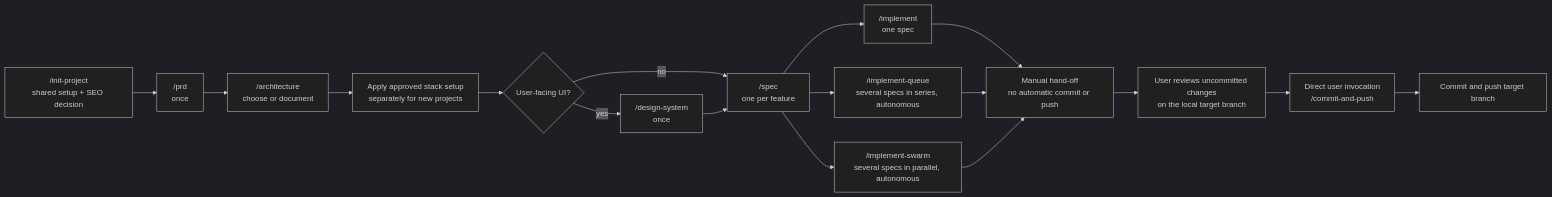
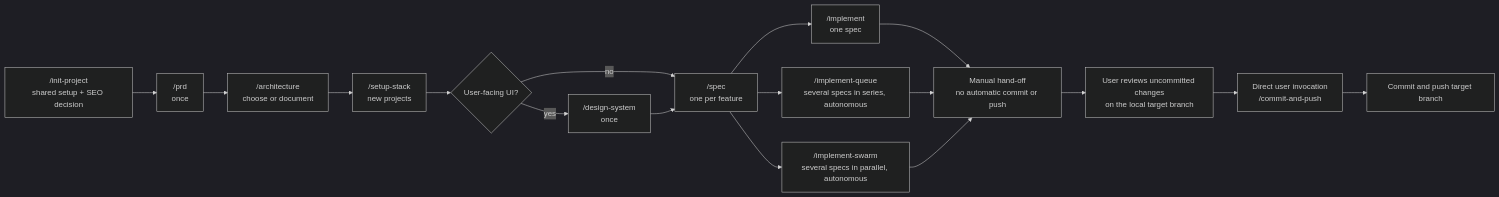
Before and after one commit to the-blue-coder/agentic-starter: the first of 6 diagrams in README.md, drawn with Mermaid (dark theme). The commit also changed other lines of this file and 12 other files, not shown here.

Commit message:
add the setup-stack command to apply the approved stack setup

````diff
--- a/README.md
+++ b/README.md
@@ -13,19 +13,19 @@
 ```mermaid
 flowchart LR
   init["/init-project<br/>shared setup + SEO decision"] --> prd["/prd<br/>once"]
   prd --> arch["/architecture<br/>choose or document"]
-  arch --> setup["Apply approved stack setup<br/>separately for new projects"]
+  arch --> setup["/setup-stack<br/>new projects"]
   setup --> ui{"User-facing UI?"}
   ui -- no --> spec["/spec<br/>one per feature"]
   ui -- yes --> design["/design-system<br/>once"]
   design --> spec
   spec --> implement["/implement<br/>one spec"]
   spec --> queue["/implement-queue<br/>several specs in series, autonomous"]
   spec --> parallel["/implement-swarm<br/>several specs in parallel, autonomous"]
   implement --> handoff["Manual hand-off<br/>no automatic commit or push"]
   queue --> handoff
   parallel --> handoff
   handoff --> review["User reviews uncommitted changes<br/>on the local target branch"]
   review --> ship["Direct user invocation<br/>/commit-and-push"]
   ship --> push["Commit and push target branch"]
 ```
````
